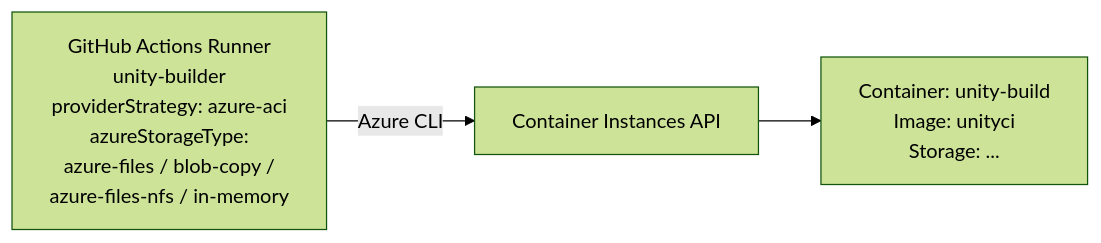
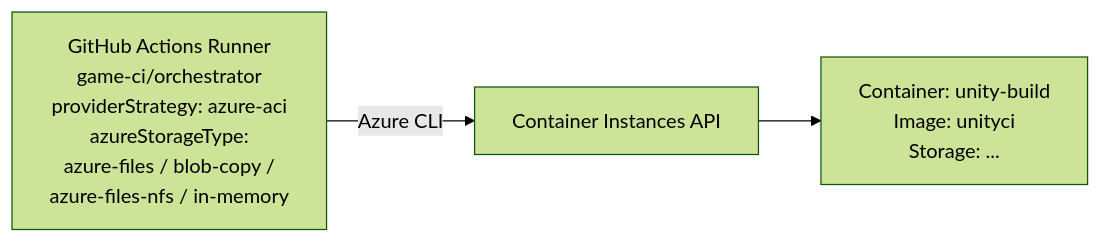
Before and after one commit to game-ci/documentation: the diagram in docs/03-github-orchestrator/05-providers/11-azure-aci.mdx, drawn with Mermaid (forest theme). The commit also changed other lines of this file and 62 other files, not shown here.

````diff
--- a/docs/03-github-orchestrator/05-providers/11-azure-aci.mdx
+++ b/docs/03-github-orchestrator/05-providers/11-azure-aci.mdx
@@ -13,7 +13,7 @@
 ```mermaid
 graph LR
-    Runner["GitHub Actions Runner<br/>unity-builder<br/>providerStrategy: azure-aci<br/>azureStorageType:<br/>azure-files / blob-copy /<br/>azure-files-nfs / in-memory"]
+    Runner["GitHub Actions Runner<br/>game-ci/orchestrator<br/>providerStrategy: azure-aci<br/>azureStorageType:<br/>azure-files / blob-copy /<br/>azure-files-nfs / in-memory"]
     API["Container Instances API"]
     Container["Container: unity-build<br/>Image: unityci<br/>Storage: ..."]
     Runner -->|Azure CLI| API --> Container
 ```
````
